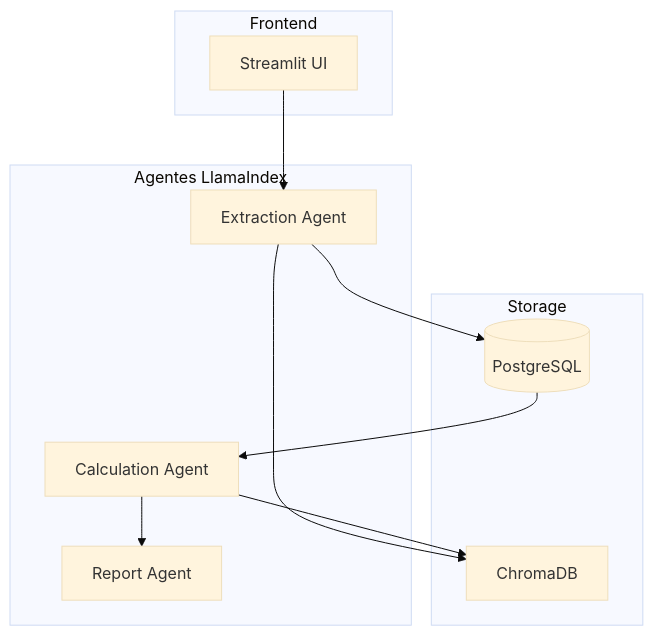
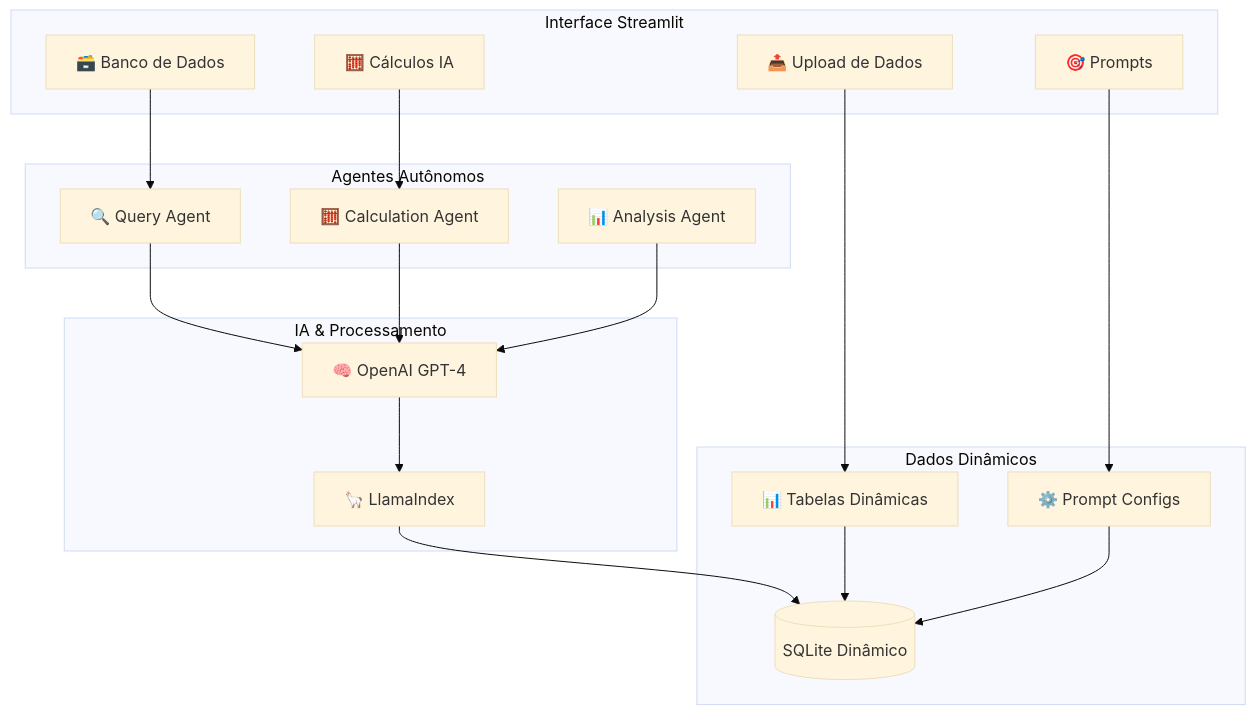
Before and after one commit to jrbaragao/CRM-IA-VR: the diagram in vale-refeicao-ia/README.md, drawn with Mermaid (base theme). The commit also changed other lines of this file and 18 other files, not shown here.

````diff
--- a/vale-refeicao-ia/README.md
+++ b/vale-refeicao-ia/README.md
@@ -19,24 +34,41 @@
 ```mermaid
 graph TB
-    subgraph "Frontend"
-        UI[Streamlit UI]
+    subgraph "Interface Streamlit"
+        UP[📤 Upload de Dados]
+        DB[🗃️ Banco de Dados]
+        CALC[🧮 Cálculos IA]
+        PROM[🎯 Prompts]
     end
     
-    subgraph "Agentes LlamaIndex"
-        EA[Extraction Agent]
-        CA[Calculation Agent]
-        RA[Report Agent]
+    subgraph "Agentes Autônomos"
+        QA[🔍 Query Agent]
+        CA[🧮 Calculation Agent]
+        AA[📊 Analysis Agent]
     end
     
-    subgraph "Storage"
-        DB[(PostgreSQL)]
-        VS[ChromaDB]
+    subgraph "Dados Dinâmicos"
+        SQLITE[(SQLite Dinâmico)]
+        DT[📊 Tabelas Dinâmicas]
+        PC[⚙️ Prompt Configs]
     end
     
-    UI --> EA
-    EA --> DB
-    DB --> CA
-    CA --> RA
-    EA --> VS
-    CA --> VS
+    subgraph "IA & Processamento"
+        GPT[🧠 OpenAI GPT-4]
+        LLAMA[🦙 LlamaIndex]
+    end
+    
+    UP --> DT
+    DB --> QA
+    CALC --> CA
+    PROM --> PC
+    
+    QA --> GPT
+    CA --> GPT
+    AA --> GPT
+    
+    GPT --> LLAMA
+    LLAMA --> SQLITE
+    
+    DT --> SQLITE
+    PC --> SQLITE
 ```
````
